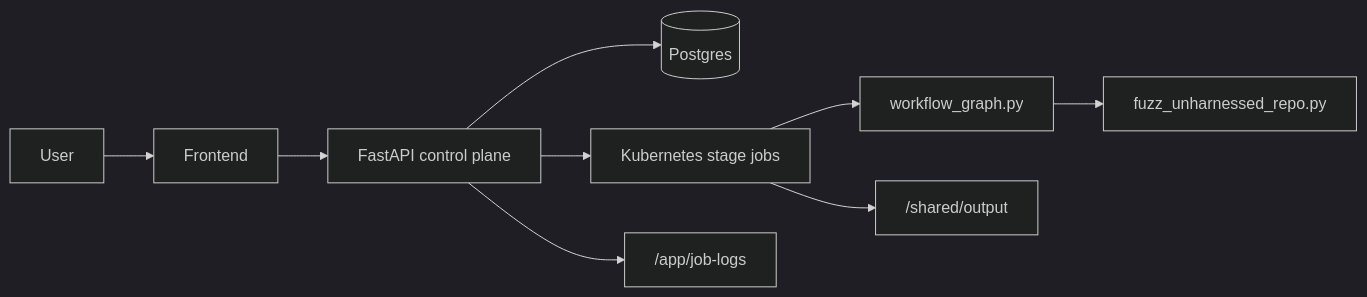
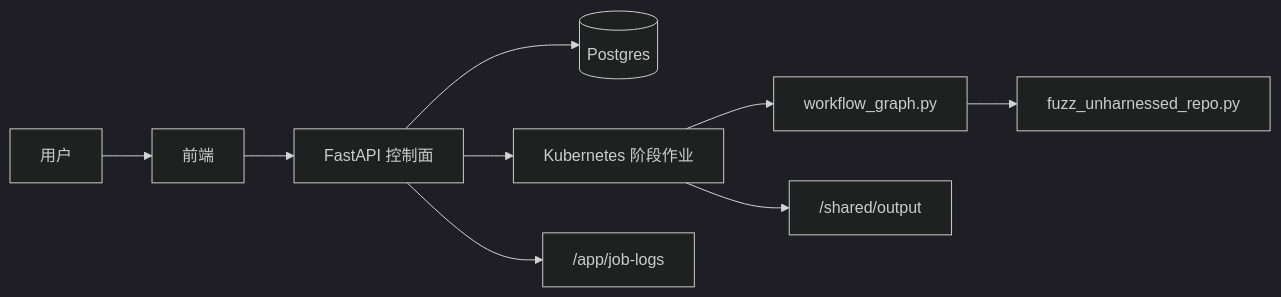
Before and after one commit to ZUENS2020/Sherpa: the first of 2 diagrams in README.md, drawn with Mermaid (dark theme). The commit also changed other lines of this file and 23 other files, not shown here.

````diff
--- a/README.md
+++ b/README.md
@@ -19,11 +19,11 @@
 ```mermaid
 flowchart LR
-  U["User"] --> FE["Frontend"]
-  FE --> API["FastAPI control plane"]
+  U["用户"] --> FE["前端"]
+  FE --> API["FastAPI 控制面"]
   API --> DB[("Postgres")]
-  API --> JOB["Kubernetes stage jobs"]
+  API --> JOB["Kubernetes 阶段作业"]
   JOB --> WF["workflow_graph.py"]
   WF --> GEN["fuzz_unharnessed_repo.py"]
   JOB --> OUT["/shared/output"]
   API --> LOGS["/app/job-logs"]
 ```
````
